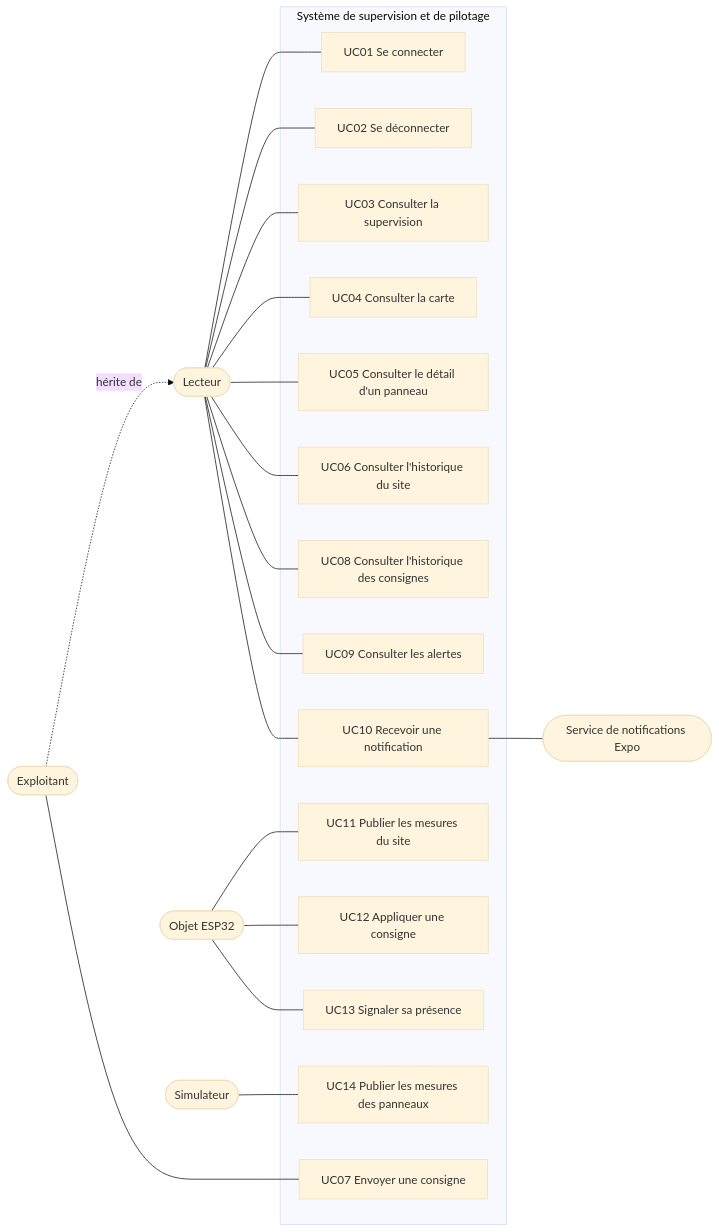
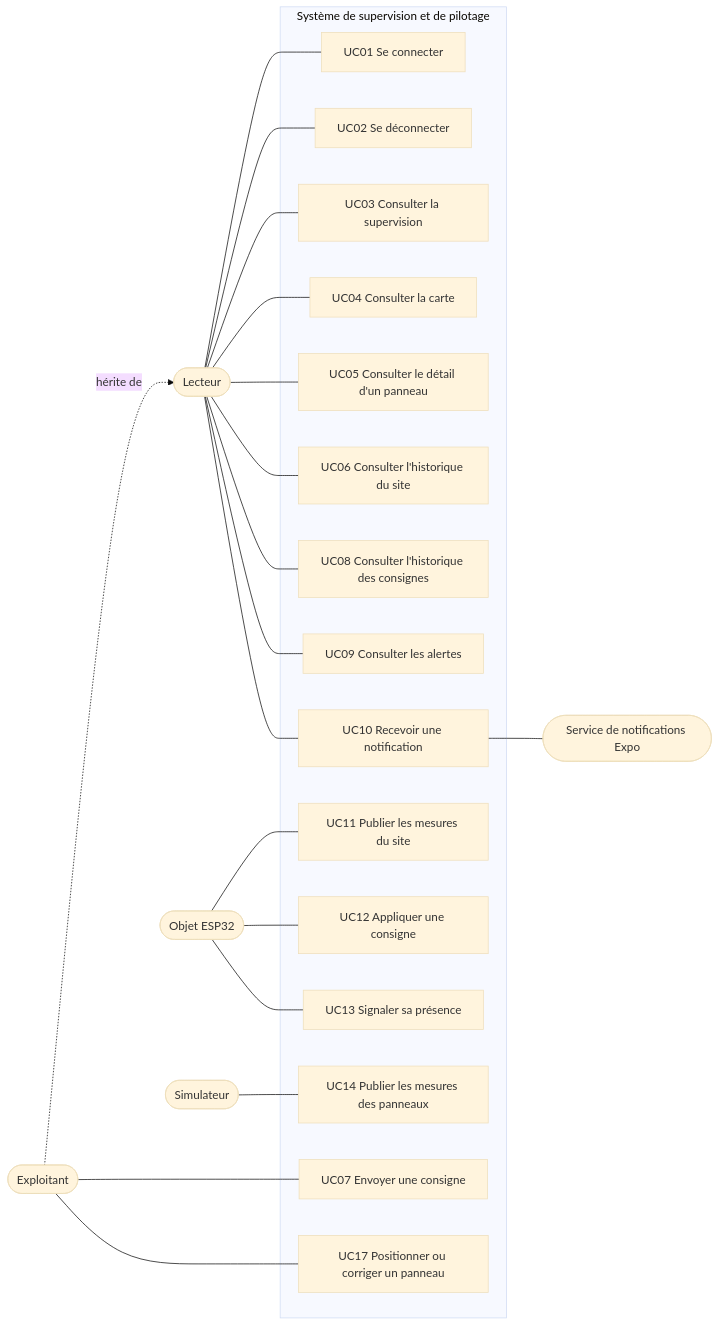
One commit to SamuelLnds/proj-app-mobile-co changed the first of 12 diagrams in docs/conception/02-uml.md. Above: the diagram before and after it, drawn with Mermaid (base theme). The commit also changed other lines of this file and 11 other files, not shown here.

Commit message:
docs(design): ajoute la charte graphique, les maquettes et l'inventaire des panneaux

````diff
--- a/docs/conception/02-uml.md
+++ b/docs/conception/02-uml.md
@@ -22,32 +22,33 @@
 ```mermaid
 flowchart LR
   viewer(["Lecteur"])
   operator(["Exploitant"])
   device(["Objet ESP32"])
   simulator(["Simulateur"])
   expo(["Service de notifications Expo"])
 
   subgraph app["Système de supervision et de pilotage"]
     UC01["UC01 Se connecter"]
     UC02["UC02 Se déconnecter"]
     UC03["UC03 Consulter la supervision"]
     UC04["UC04 Consulter la carte"]
     UC05["UC05 Consulter le détail d'un panneau"]
     UC06["UC06 Consulter l'historique du site"]
     UC07["UC07 Envoyer une consigne"]
     UC08["UC08 Consulter l'historique des consignes"]
     UC09["UC09 Consulter les alertes"]
     UC10["UC10 Recevoir une notification"]
     UC11["UC11 Publier les mesures du site"]
     UC12["UC12 Appliquer une consigne"]
     UC13["UC13 Signaler sa présence"]
     UC14["UC14 Publier les mesures des panneaux"]
+    UC17["UC17 Positionner ou corriger un panneau"]
   end
 
   viewer --- UC01 & UC02 & UC03 & UC04 & UC05 & UC06 & UC08 & UC09 & UC10
   operator -. hérite de .-> viewer
-  operator --- UC07
+  operator --- UC07 & UC17
   device --- UC11 & UC12 & UC13
   simulator --- UC14
   UC10 --- expo
 ```
````
